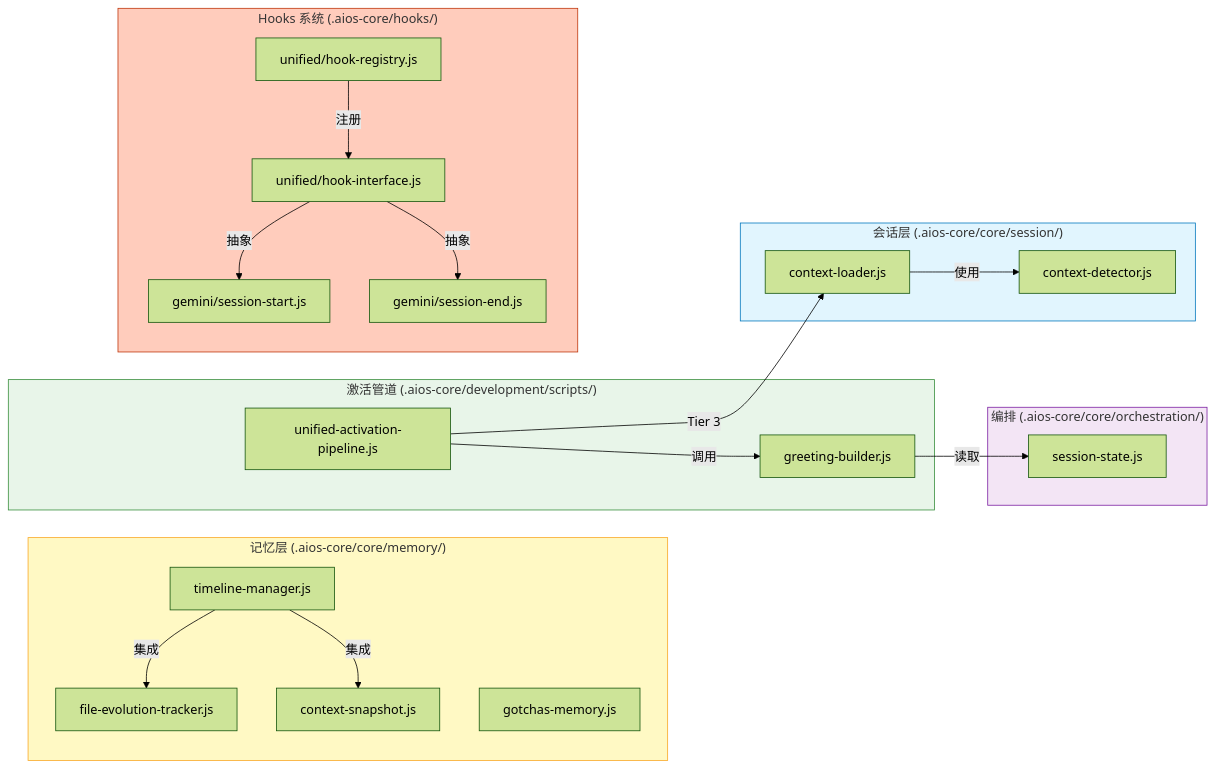
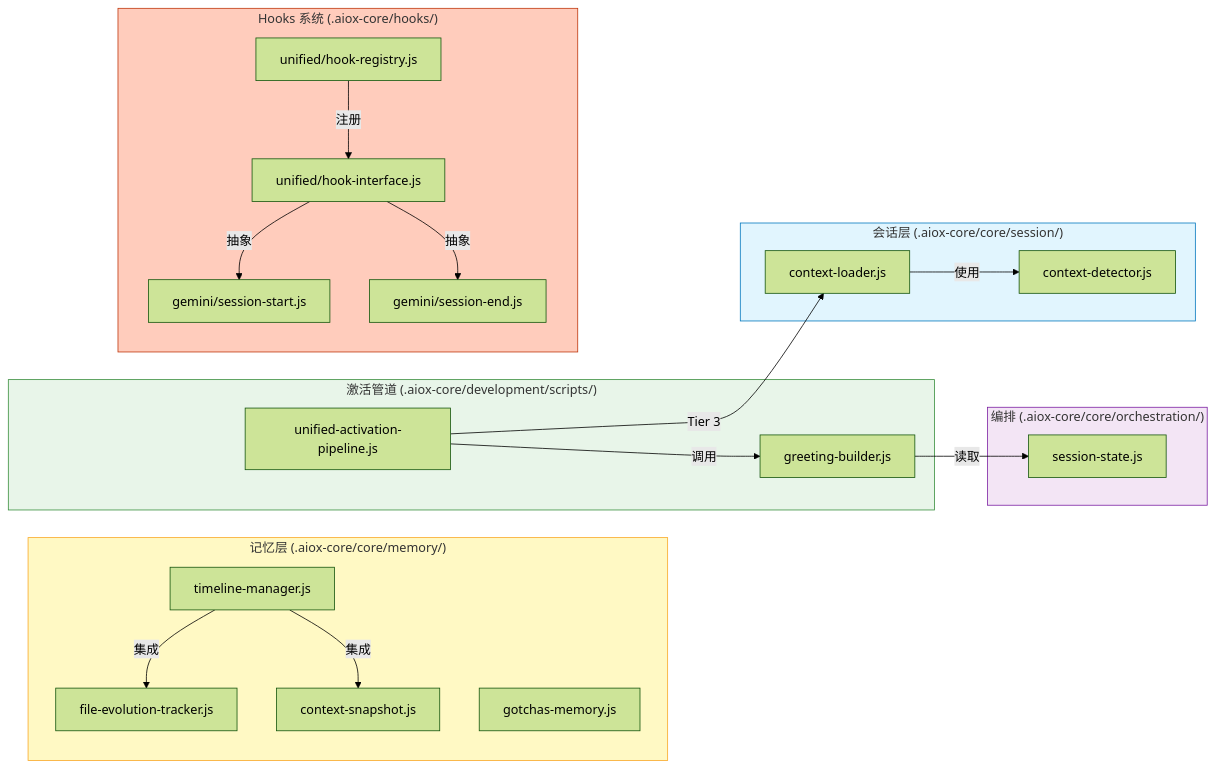
One commit to brunajunckes/aiox-core changed the second of 18 diagrams in docs/zh/guides/MEMORY-SYSTEM.md. Above: the diagram before and after it, drawn with Mermaid (forest theme). The commit also changed other lines of this file and 3446 other files, not shown here.

First line of the commit message:
chore: rebrand aios → aiox across entire codebase (#552)

````diff
--- a/docs/zh/guides/MEMORY-SYSTEM.md
+++ b/docs/zh/guides/MEMORY-SYSTEM.md
@@ -122,46 +122,46 @@
 ```mermaid
 flowchart LR
-    subgraph MEMORY_LAYER["记忆层 (.aios-core/core/memory/)"]
+    subgraph MEMORY_LAYER["记忆层 (.aiox-core/core/memory/)"]
         TM["timeline-manager.js"]
         FET["file-evolution-tracker.js"]
         CS["context-snapshot.js"]
         GM["gotchas-memory.js"]
     end
 
-    subgraph SESSION_LAYER["会话层 (.aios-core/core/session/)"]
+    subgraph SESSION_LAYER["会话层 (.aiox-core/core/session/)"]
         CL["context-loader.js"]
         CD["context-detector.js"]
     end
 
-    subgraph ORCHESTRATION["编排 (.aios-core/core/orchestration/)"]
+    subgraph ORCHESTRATION["编排 (.aiox-core/core/orchestration/)"]
         SS["session-state.js"]
     end
 
-    subgraph ACTIVATION["激活管道 (.aios-core/development/scripts/)"]
+    subgraph ACTIVATION["激活管道 (.aiox-core/development/scripts/)"]
         UAP["unified-activation-pipeline.js"]
         GB["greeting-builder.js"]
     end
 
-    subgraph HOOKS["Hooks 系统 (.aios-core/hooks/)"]
+    subgraph HOOKS["Hooks 系统 (.aiox-core/hooks/)"]
         HS["gemini/session-start.js"]
         HE["gemini/session-end.js"]
         HI["unified/hook-interface.js"]
         HR["unified/hook-registry.js"]
     end
 
     TM -->|"集成"| FET
     TM -->|"集成"| CS
     CL -->|"使用"| CD
     UAP -->|"Tier 3"| CL
     UAP -->|"调用"| GB
     GB -->|"读取"| SS
     HI -->|"抽象"| HS
     HI -->|"抽象"| HE
     HR -->|"注册"| HI
 
     style MEMORY_LAYER fill:#FFF9C4,stroke:#F9A825
     style SESSION_LAYER fill:#E1F5FE,stroke:#0277BD
     style ORCHESTRATION fill:#F3E5F5,stroke:#7B1FA2
     style ACTIVATION fill:#E8F5E9,stroke:#388E3C
     style HOOKS fill:#FFCCBC,stroke:#BF360C
 ```
````
